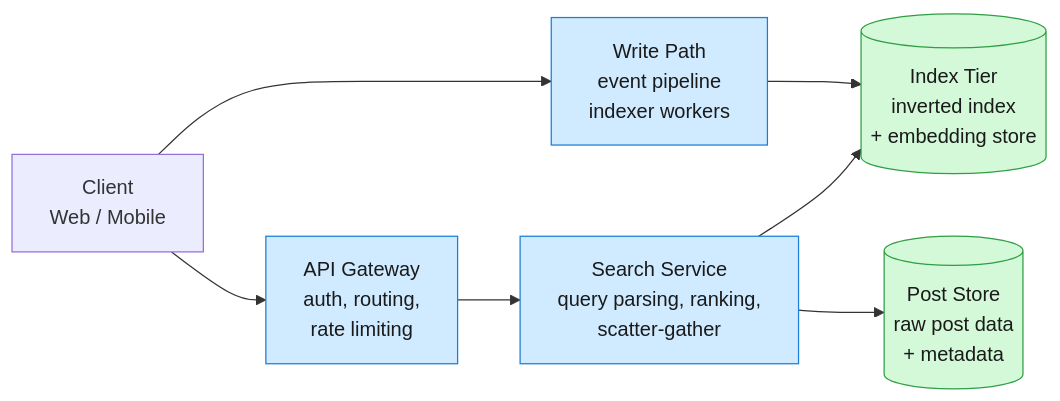
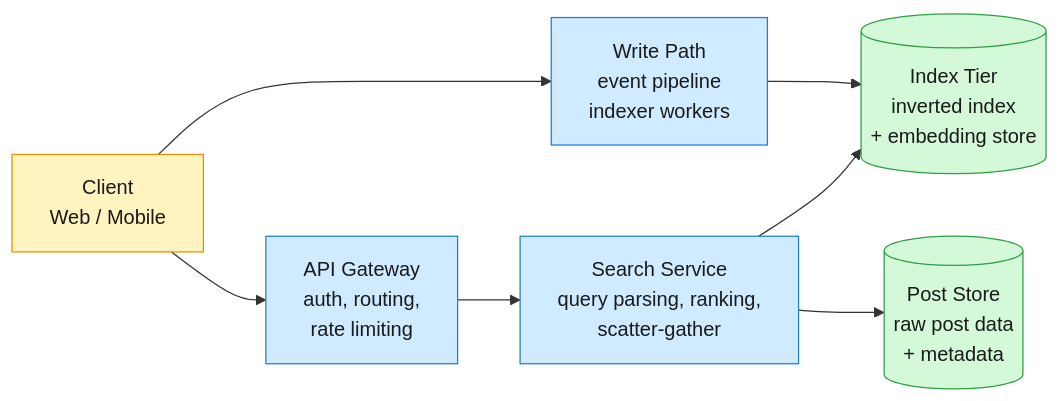
One commit to iliazlobin/iliazlobin.github.io changed the first of 3 diagrams in _posts/2026-07-02-system-design-post-search.md. Above: the diagram before and after it, drawn with Mermaid. The commit also changed other lines of this file and 45 other files, not shown here.

First line of the commit message:
Republish all posts from Notion: fix mermaid errors, drop §7 Trade-offs (#88)

````diff
--- a/_posts/2026-07-02-system-design-post-search.md
+++ b/_posts/2026-07-02-system-design-post-search.md
@@ -18,15 +18,16 @@
 ```mermaid
 graph LR
     Client[Client<br/>Web / Mobile] --> Gateway[API Gateway<br/>auth, routing,<br/>rate limiting]
     Gateway --> Search[Search Service<br/>query parsing, ranking,<br/>scatter-gather]
     Search --> IndexTier[(Index Tier<br/>inverted index<br/>+ embedding store)]
     Search --> DocStore[(Post Store<br/>raw post data<br/>+ metadata)]
     Client --> Ingest[Write Path<br/>event pipeline<br/>indexer workers]
     Ingest --> IndexTier
 
     classDef edge fill:#fff3bf,stroke:#f08c00,color:#1a1a1a
     classDef svc fill:#d0ebff,stroke:#1c7ed6,color:#1a1a1a
     classDef store fill:#d3f9d8,stroke:#2f9e44,color:#1a1a1a
     class Gateway,Search,Ingest svc
     class IndexTier,DocStore store
+    class Client edge
 ```
````
